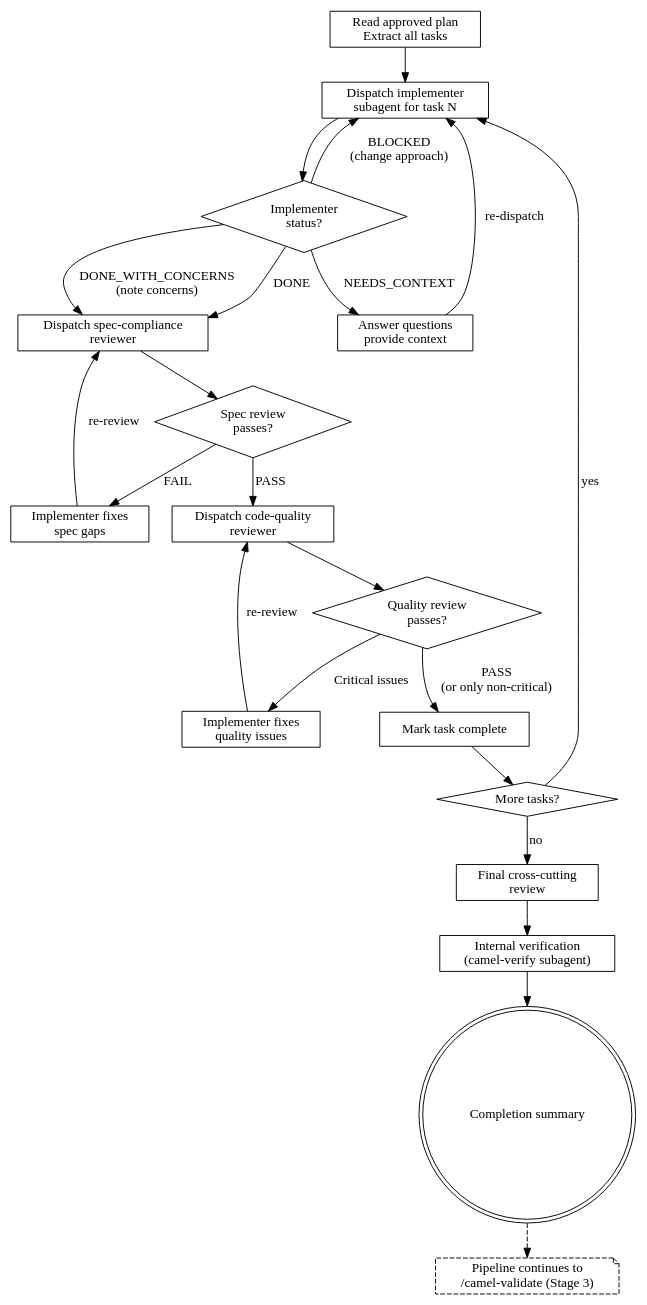
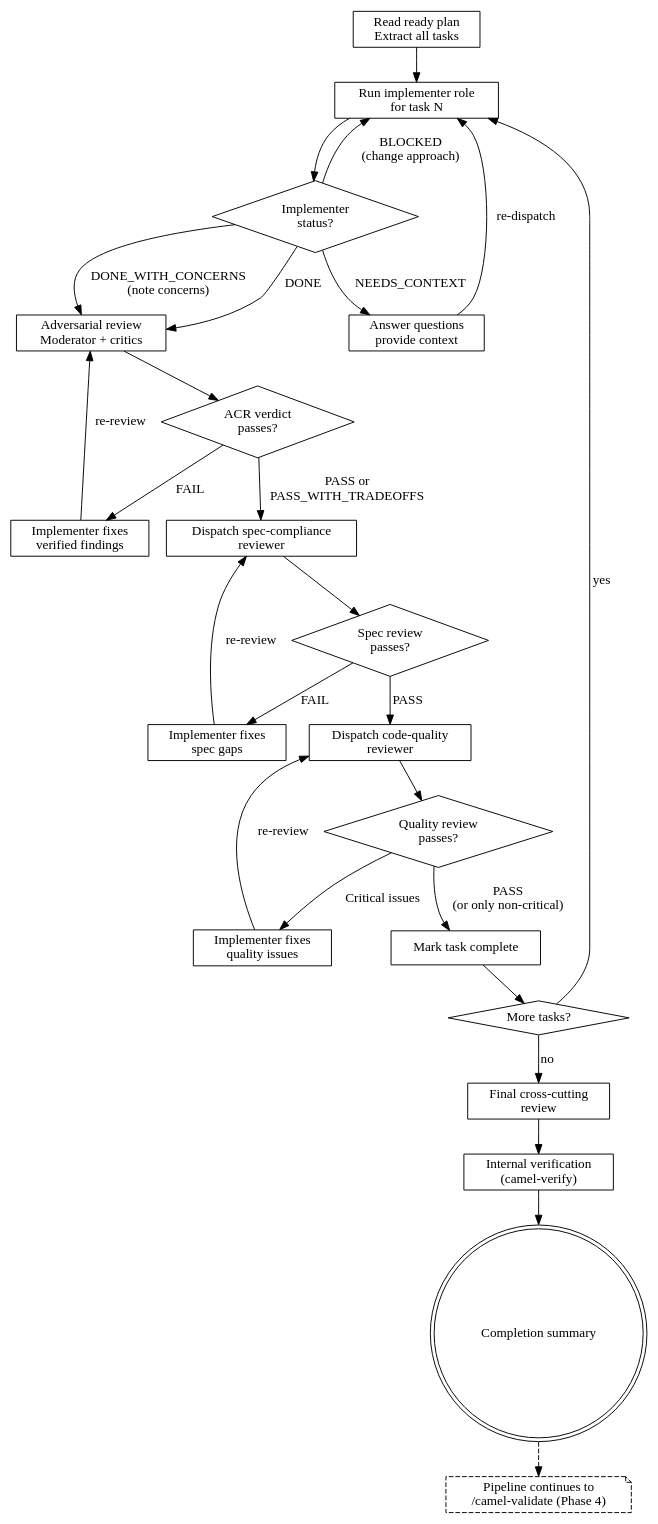
Before and after one commit to luigidemasi/camel-kit: the diagram in camel-kit-core/src/main/resources/skills/camel-execute/SKILL.md, drawn with Graphviz. The commit also changed other lines of this file and 213 other files, not shown here.

````diff
--- a/camel-kit-core/src/main/resources/skills/camel-execute/SKILL.md
+++ b/camel-kit-core/src/main/resources/skills/camel-execute/SKILL.md
@@ -61,50 +67,59 @@
 ```dot
 digraph execute {
     rankdir=TB;
     
-    start [label="Read approved plan\nExtract all tasks", shape=box];
-    dispatch [label="Dispatch implementer\nsubagent for task N", shape=box];
+    start [label="Read ready plan\nExtract all tasks", shape=box];
+    dispatch [label="Run implementer role\nfor task N", shape=box];
     impl_status [label="Implementer\nstatus?", shape=diamond];
     answer_q [label="Answer questions\nprovide context", shape=box];
     
     spec_review [label="Dispatch spec-compliance\nreviewer", shape=box];
     spec_pass [label="Spec review\npasses?", shape=diamond];
     spec_fix [label="Implementer fixes\nspec gaps", shape=box];
     
     quality_review [label="Dispatch code-quality\nreviewer", shape=box];
     quality_pass [label="Quality review\npasses?", shape=diamond];
     quality_fix [label="Implementer fixes\nquality issues", shape=box];
+
+    acr_review [label="Adversarial review\nModerator + critics", shape=box];
+    acr_pass [label="ACR verdict\npasses?", shape=diamond];
+    acr_fix [label="Implementer fixes\nverified findings", shape=box];
     
     mark_done [label="Mark task complete", shape=box];
     more [label="More tasks?", shape=diamond];
     final [label="Final cross-cutting\nreview", shape=box];
-    verify [label="Internal verification\n(camel-verify subagent)", shape=box];
+    verify [label="Internal verification\n(camel-verify)", shape=box];
     done [label="Completion summary", shape=doublecircle];
-    next [label="Pipeline continues to\n/camel-validate (Stage 3)", shape=note, style=dashed];
+    next [label="Pipeline continues to\n/camel-validate (Phase 4)", shape=note, style=dashed];
     
     start -> dispatch;
     dispatch -> impl_status;
     impl_status -> answer_q [label="NEEDS_CONTEXT"];
     answer_q -> dispatch [label="re-dispatch"];
-    impl_status -> spec_review [label="DONE"];
-    impl_status -> spec_review [label="DONE_WITH_CONCERNS\n(note concerns)"];
+    impl_status -> acr_review [label="DONE"];
+    impl_status -> acr_review [label="DONE_WITH_CONCERNS\n(note concerns)"];
     impl_status -> dispatch [label="BLOCKED\n(change approach)"];
-    
+
+    acr_review -> acr_pass;
+    acr_pass -> acr_fix [label="FAIL"];
+    acr_fix -> acr_review [label="re-review"];
+    acr_pass -> spec_review [label="PASS or\nPASS_WITH_TRADEOFFS"];
+
     spec_review -> spec_pass;
     spec_pass -> spec_fix [label="FAIL"];
     spec_fix -> spec_review [label="re-review"];
     spec_pass -> quality_review [label="PASS"];
     
     quality_review -> quality_pass;
     quality_pass -> quality_fix [label="Critical issues"];
     quality_fix -> quality_review [label="re-review"];
     quality_pass -> mark_done [label="PASS\n(or only non-critical)"];
     
     mark_done -> more;
     more -> dispatch [label="yes"];
     more -> final [label="no"];
     final -> verify;
     verify -> done;
     done -> next [style=dashed];
 }
 ```
````
